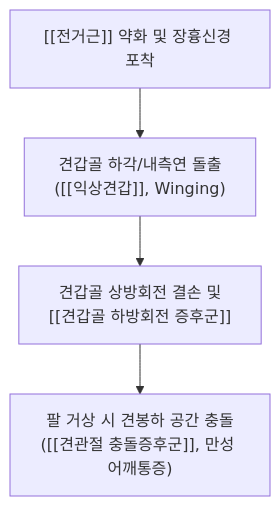
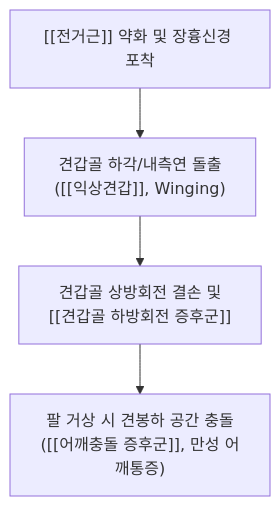
Before and after one commit to simbio11/simbio-digital-garden2: the second of 3 diagrams in content/1. 근골격계 공부/근육/(4) 어깨/전거근.md, drawn with Mermaid. The commit also changed other lines of this file and 150 other files, not shown here.

````diff
--- a/content/1. 근골격계 공부/근육/(4) 어깨/전거근.md
+++ b/content/1. 근골격계 공부/근육/(4) 어깨/전거근.md
@@ -56,9 +66,6 @@
 ```mermaid
 graph TD
-    SerratusWeak["[[전거근]] 약화 및 장흉신경 포착"] --> ScapularWing["견갑골 하각/내측연 돌출
-([[익상견갑]], Winging)"]
-    ScapularWing --> DownwardRot["견갑골 상방회전 결손 및
-[[견갑골 하방회전 증후군]]"]
-    DownwardRot --> Impingement["팔 거상 시 견봉하 공간 충돌
-([[견관절 충돌증후군]], 만성 어깨통증)"]
+    SerratusWeak["[[전거근]] 약화 및 장흉신경 포착"] --> ScapularWing["견갑골 하각/내측연 돌출<br>([[익상견갑]], Winging)"]
+    ScapularWing --> DownwardRot["견갑골 상방회전 결손 및<br>[[견갑골 하방회전 증후군]]"]
+    DownwardRot --> Impingement["팔 거상 시 견봉하 공간 충돌<br>([[어깨충돌 증후군]], 만성 어깨통증)"]
 ```
````
